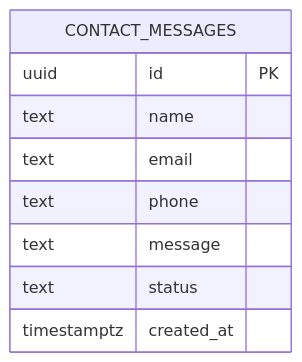
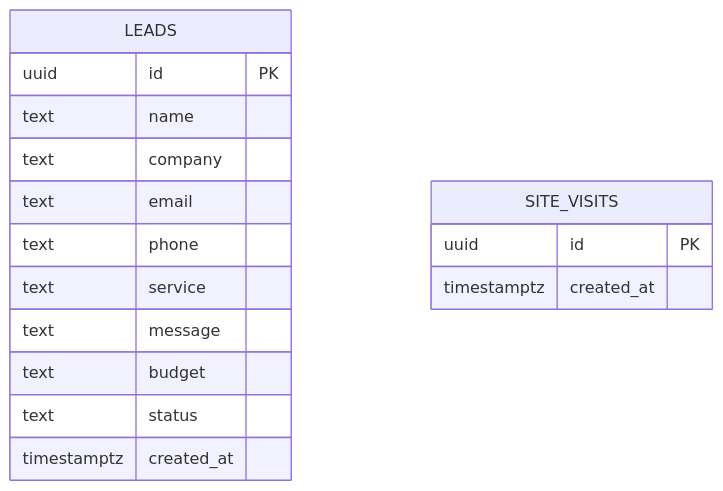
Before and after one commit to Supharek/kmitlpcc2026-team09: the diagram in docs/DESIGN.md, drawn with Mermaid. The commit also changed other lines of this file and 55 other files, not shown here.

````diff
--- a/docs/DESIGN.md
+++ b/docs/DESIGN.md
@@ -14,12 +10,20 @@
 ```mermaid
 erDiagram
-    CONTACT_MESSAGES {
+    LEADS {
         uuid        id PK
         text        name
+        text        company
         text        email
         text        phone
+        text        service
         text        message
+        text        budget
         text        status
         timestamptz created_at
     }
+
+    SITE_VISITS {
+        uuid        id PK
+        timestamptz created_at
+    }
 ```
````
